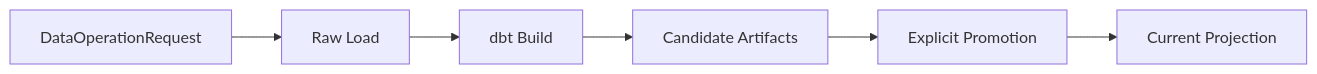
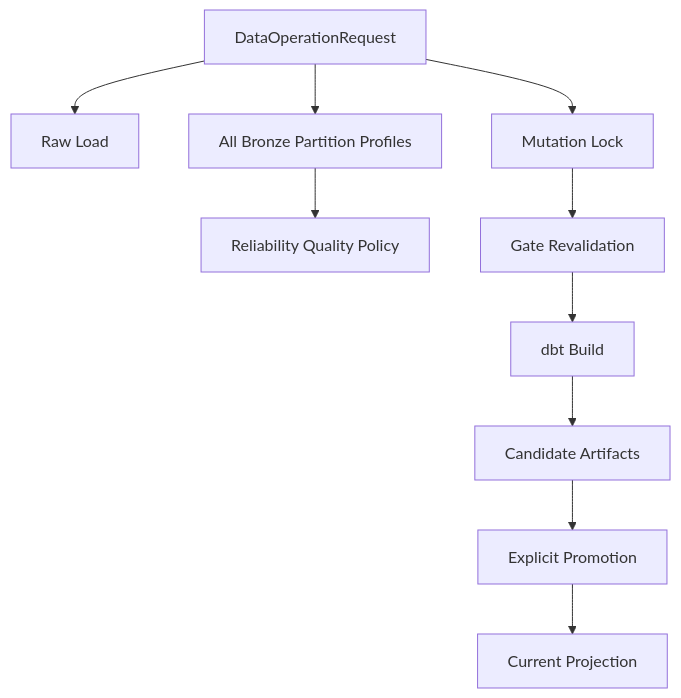
Before and after one commit to mols3131d/hmda-data-reliability: the first of 2 diagrams in docs/domains/data-operations.md, drawn with Mermaid. The commit also changed other lines of this file and 33 other files, not shown here.

````diff
--- a/docs/domains/data-operations.md
+++ b/docs/domains/data-operations.md
@@ -34,8 +34,7 @@
 ```mermaid
-flowchart LR
-    request["DataOperationRequest"] --> raw["Raw Load"]
-    raw --> build["dbt Build"]
-    build --> candidate["Candidate Artifacts"]
-    candidate --> promotion["Explicit Promotion"]
-    promotion --> current["Current Projection"]
+flowchart TB
+  request["DataOperationRequest"] --> raw["Raw Load"]
+  request --> gate["All Bronze Partition Profiles"] --> policy["Reliability Quality Policy"]
+  request --> locked["Mutation Lock"] --> recheck["Gate Revalidation"] --> build["dbt Build"] --> candidate["Candidate Artifacts"]
+  candidate --> promotion["Explicit Promotion"] --> current["Current Projection"]
 ```
````
